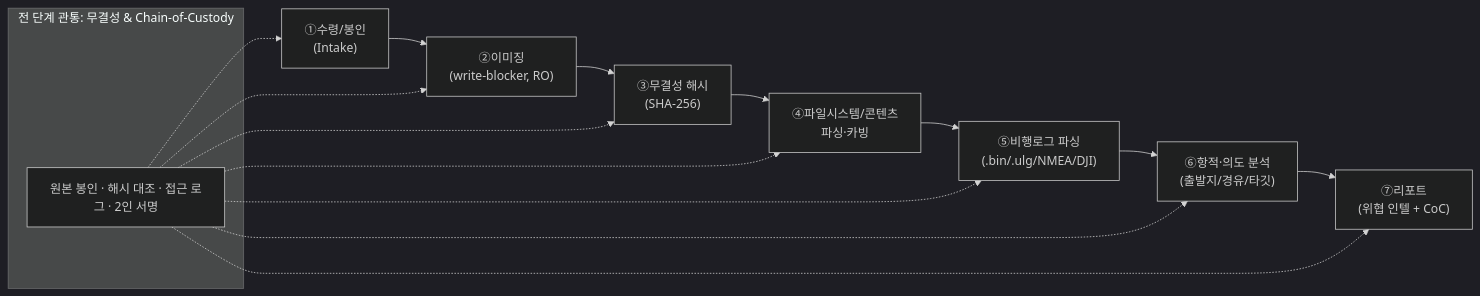
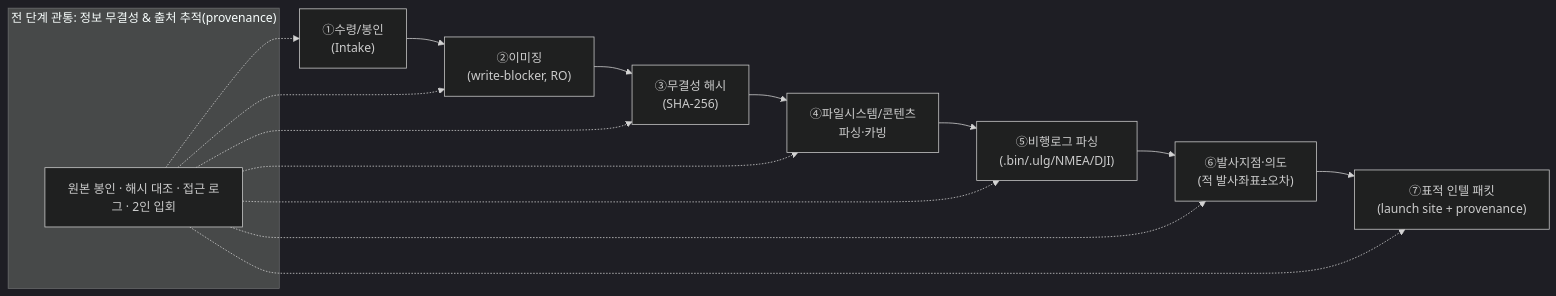
Before and after one commit to gkjuwon-tech/TaloNet: the first of 2 diagrams in docs/08_사후_포렌식.md, drawn with Mermaid (dark theme). The commit also changed other lines of this file and 11 other files, not shown here.

````diff
--- a/docs/08_사후_포렌식.md
+++ b/docs/08_사후_포렌식.md
@@ -64,19 +73,19 @@
 ```mermaid
 graph LR
     A["①수령/봉인\n(Intake)"] --> B["②이미징\n(write-blocker, RO)"]
     B --> C["③무결성 해시\n(SHA-256)"]
     C --> D["④파일시스템/콘텐츠\n파싱·카빙"]
     D --> E["⑤비행로그 파싱\n(.bin/.ulg/NMEA/DJI)"]
-    E --> F["⑥항적·의도 분석\n(출발지/경유/타깃)"]
-    F --> G["⑦리포트\n(위협 인텔 + CoC)"]
-    subgraph INTEGRITY["전 단계 관통: 무결성 & Chain-of-Custody"]
-        H["원본 봉인 · 해시 대조 · 접근 로그 · 2인 서명"]
+    E --> F["⑥발사지점·의도\n(적 발사좌표±오차)"]
+    F --> G["⑦표적 인텔 패킷\n(launch site + provenance)"]
+    subgraph INTEGRITY["전 단계 관통: 정보 무결성 & 출처 추적(provenance)"]
+        H["원본 봉인 · 해시 대조 · 접근 로그 · 2인 입회"]
     end
     H -.-> A
     H -.-> B
     H -.-> C
     H -.-> D
     H -.-> E
     H -.-> F
     H -.-> G
 ```
````
